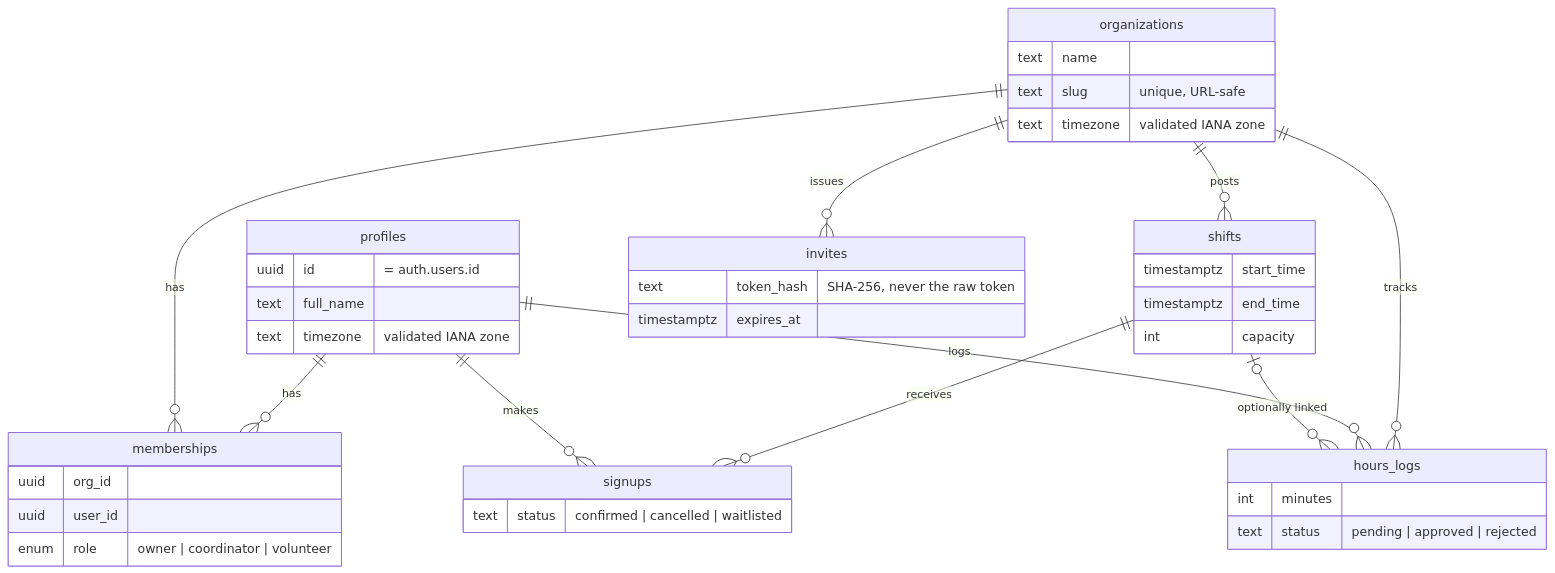
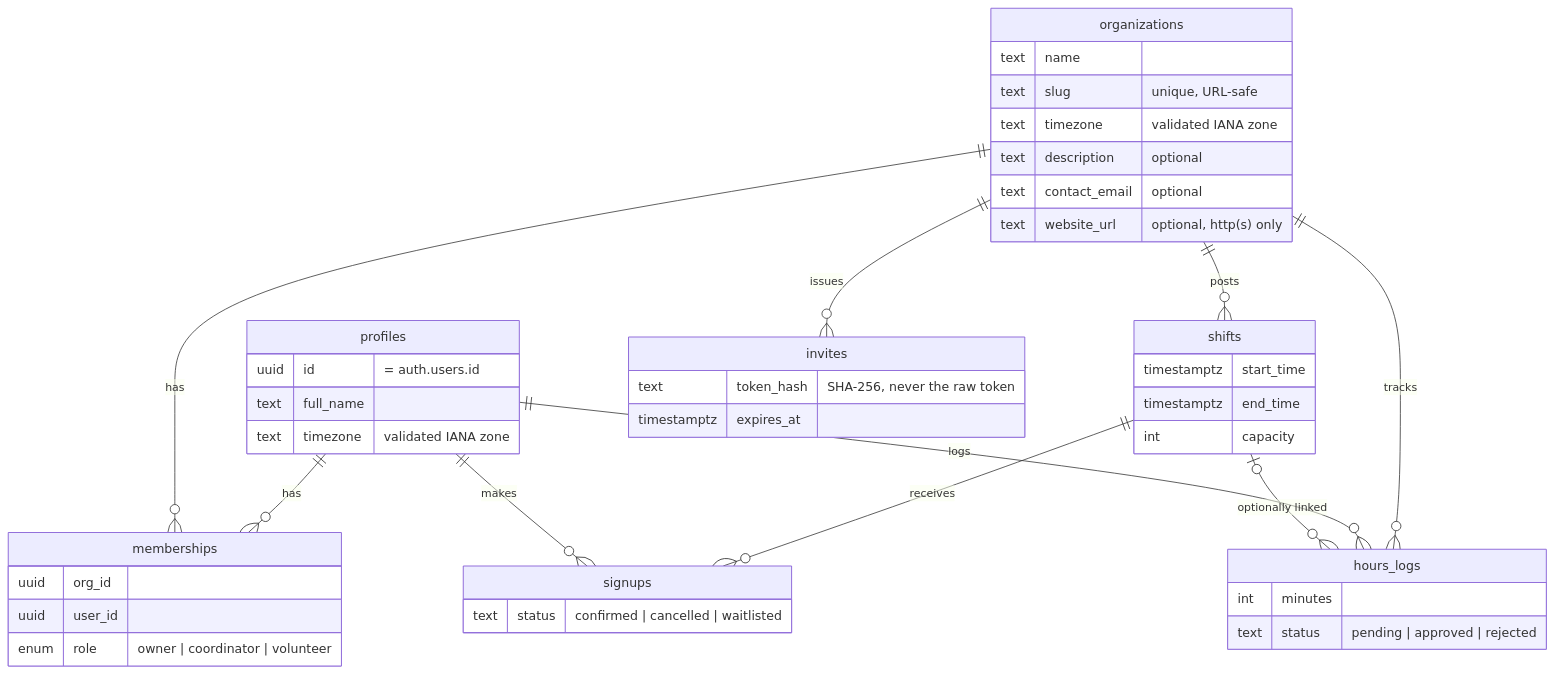
The second of 3 diagrams in README.md (JeffHenry/showing-up), drawn with Mermaid before and after one commit. The commit also changed other lines of this file and 3 other files, not shown here.

````diff
--- a/README.md
+++ b/README.md
@@ -137,44 +138,47 @@
 ```mermaid
 erDiagram
   profiles ||--o{ memberships : has
   organizations ||--o{ memberships : has
   organizations ||--o{ shifts : posts
   organizations ||--o{ invites : issues
   organizations ||--o{ hours_logs : tracks
   shifts ||--o{ signups : receives
   profiles ||--o{ signups : makes
   profiles ||--o{ hours_logs : logs
   shifts |o--o{ hours_logs : "optionally linked"
 
   profiles {
     uuid id "= auth.users.id"
     text full_name
     text timezone "validated IANA zone"
   }
   organizations {
     text name
     text slug "unique, URL-safe"
     text timezone "validated IANA zone"
+    text description "optional"
+    text contact_email "optional"
+    text website_url "optional, http(s) only"
   }
   memberships {
     uuid org_id
     uuid user_id
     enum role "owner | coordinator | volunteer"
   }
   shifts {
     timestamptz start_time
     timestamptz end_time
     int capacity
   }
   signups {
     text status "confirmed | cancelled | waitlisted"
   }
   hours_logs {
     int minutes
     text status "pending | approved | rejected"
   }
   invites {
     text token_hash "SHA-256, never the raw token"
     timestamptz expires_at
   }
 ```
````
